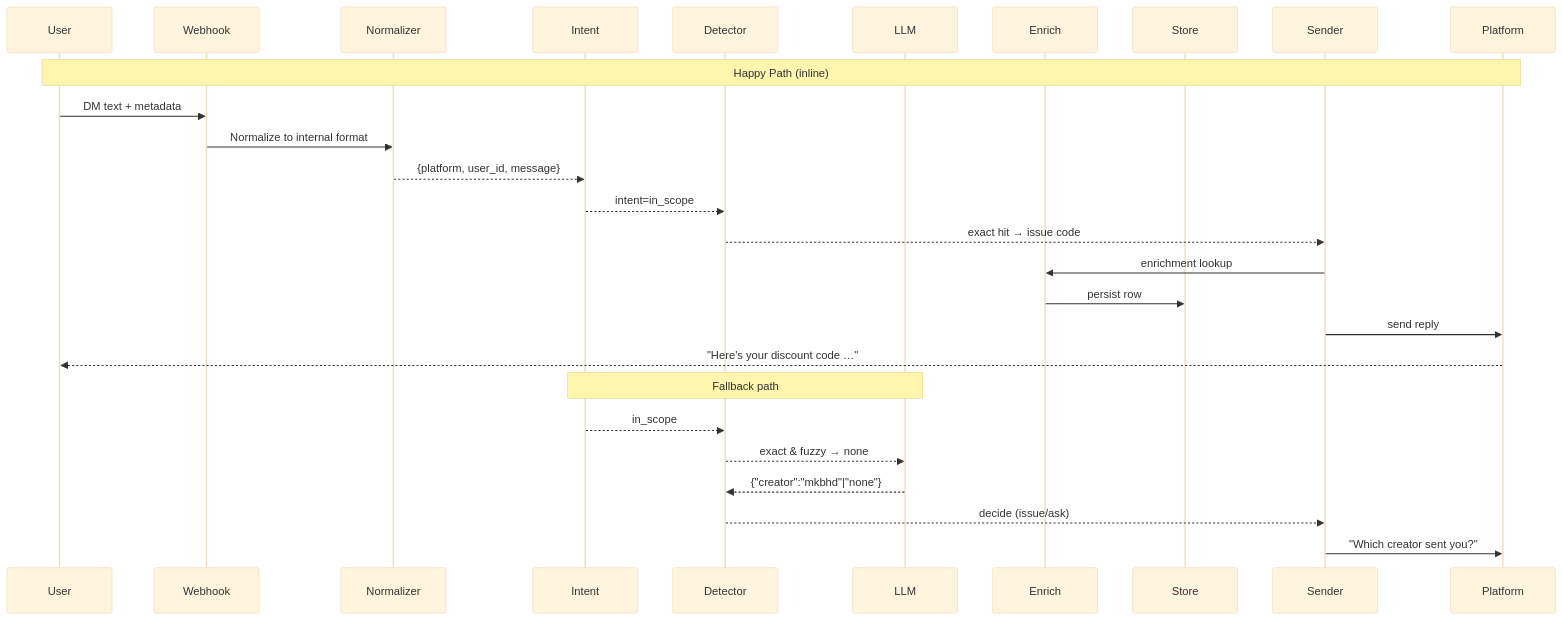
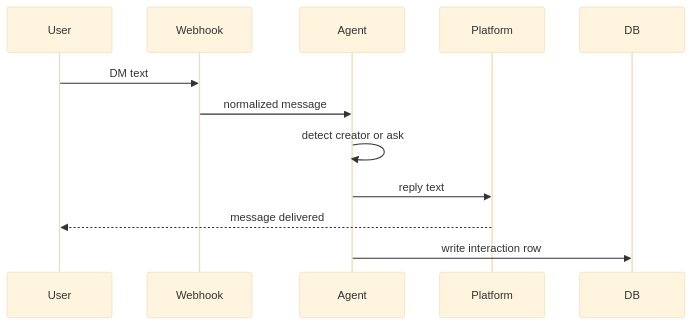
The diagram in design/sequence.mmd (AlexAtmtit/ai-discount-agent), drawn with Mermaid (base theme) before and after one commit. The commit also changed 1 other file, not shown here.

Commit message:
docs: fix and optimize Mermaid diagram files

```diff
--- a/design/sequence.mmd
+++ b/design/sequence.mmd
@@ -1,29 +1,13 @@
 sequenceDiagram
-    participant User
-    participant Webhook
-    participant Normalizer
-    participant Intent
-    participant Detector
-    participant LLM
-    participant Enrich
-    participant Store
-    participant Sender
-    participant Platform
+  participant User
+  participant Webhook
+  participant Agent
+  participant Platform
+  participant DB
 
-    Note over User, Platform: Happy Path (inline)
-    User->>Webhook: DM text + metadata
-    Webhook->>Normalizer: Normalize to internal format
-    Normalizer-->>Intent: {platform, user_id, message}
-    Intent-->>Detector: intent=in_scope
-    Detector-->>Sender: exact hit → issue code
-    Sender->>Enrich: enrichment lookup
-    Enrich->>Store: persist row
-    Sender->>Platform: send reply
-    Platform-->>User: "Here's your discount code …"
-
-    Note over Intent, LLM: Fallback path
-    Intent-->>Detector: in_scope
-    Detector-->>LLM: exact & fuzzy → none
-    LLM-->>Detector: {"creator":"mkbhd"|"none"}
-    Detector-->>Sender: decide (issue/ask)
-    Sender->>Platform: "Which creator sent you?"
+  User->>Webhook: DM text
+  Webhook->>Agent: normalized message
+  Agent->>Agent: detect creator or ask
+  Agent->>Platform: reply text
+  Platform-->>User: message delivered
+  Agent->>DB: write interaction row
```
